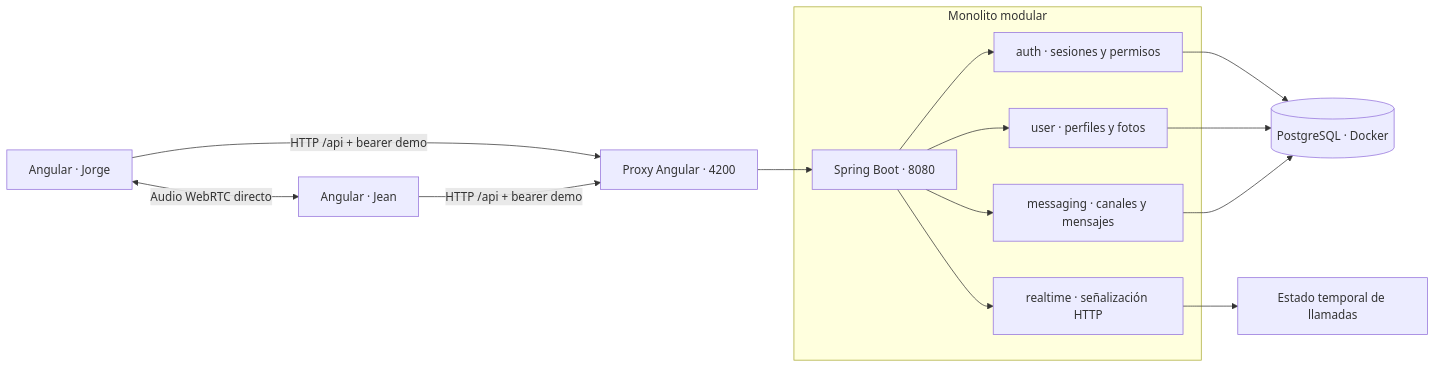
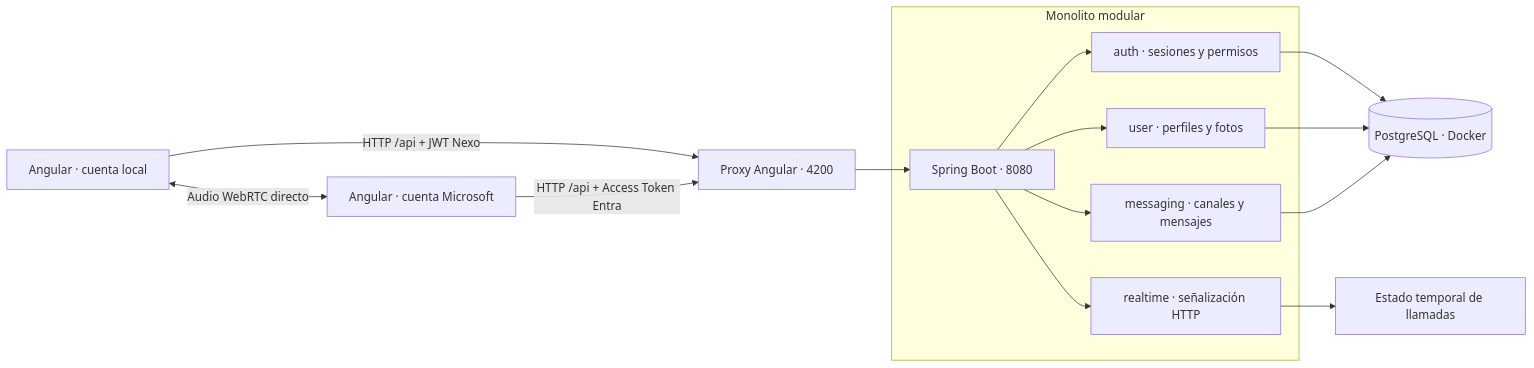
Before and after one commit to JorgeVergaraS/ProyectoTesis: the first of 3 diagrams in README.md, drawn with Mermaid. The commit also changed other lines of this file and 28 other files, not shown here.

````diff
--- a/README.md
+++ b/README.md
@@ -128,17 +128,17 @@
 ```mermaid
 flowchart LR
-    A[Angular · Jorge] -->|HTTP /api + bearer demo| P[Proxy Angular · 4200]
-    B[Angular · Jean] -->|HTTP /api + bearer demo| P
+    A[Angular · cuenta local] -->|HTTP /api + JWT Nexo| P[Proxy Angular · 4200]
+    B[Angular · cuenta Microsoft] -->|HTTP /api + Access Token Entra| P
     P --> S[Spring Boot · 8080]
     subgraph M[Monolito modular]
       S --> AU[auth · sesiones y permisos]
       S --> U[user · perfiles y fotos]
       S --> C[messaging · canales y mensajes]
       S --> R[realtime · señalización HTTP]
     end
     AU --> DB[(PostgreSQL · Docker)]
     U --> DB
     C --> DB
     R --> RAM[Estado temporal de llamadas]
     A <-->|Audio WebRTC directo| B
 ```
````
